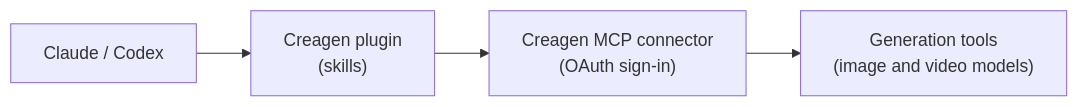
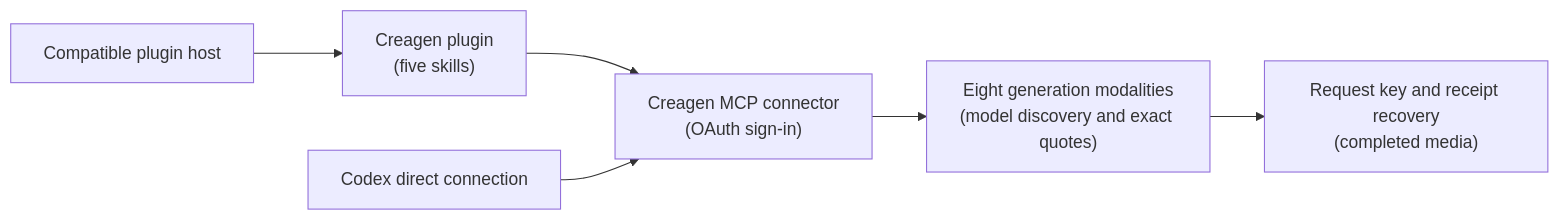
The diagram in README.md (pioncorp/creagen-plugin), drawn with Mermaid before and after one commit. The commit also changed other lines of this file and 16 other files, not shown here.

Commit message:
feat: align workflow skills with modality generation contracts

````diff
--- a/README.md
+++ b/README.md
@@ -80,6 +80,8 @@
 ```mermaid
 flowchart LR
-  A["Claude / Codex"] --> B["Creagen plugin<br/>(skills)"]
+  A["Compatible plugin host"] --> B["Creagen plugin<br/>(five skills)"]
   B --> C["Creagen MCP connector<br/>(OAuth sign-in)"]
-  C --> D["Generation tools<br/>(image and video models)"]
+  X["Codex direct connection"] --> C
+  C --> D["Eight generation modalities<br/>(model discovery and exact quotes)"]
+  D --> E["Request key and receipt recovery<br/>(completed media)"]
 ```
````
